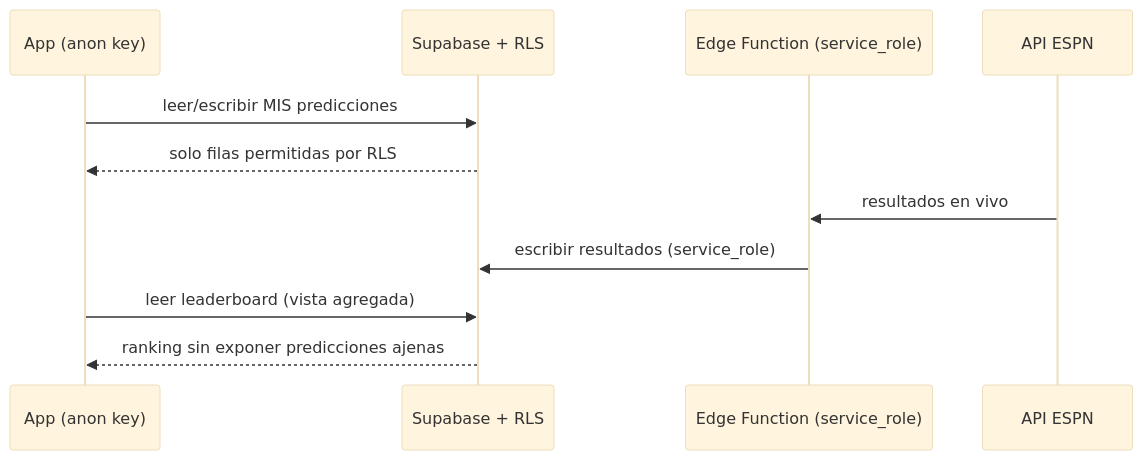
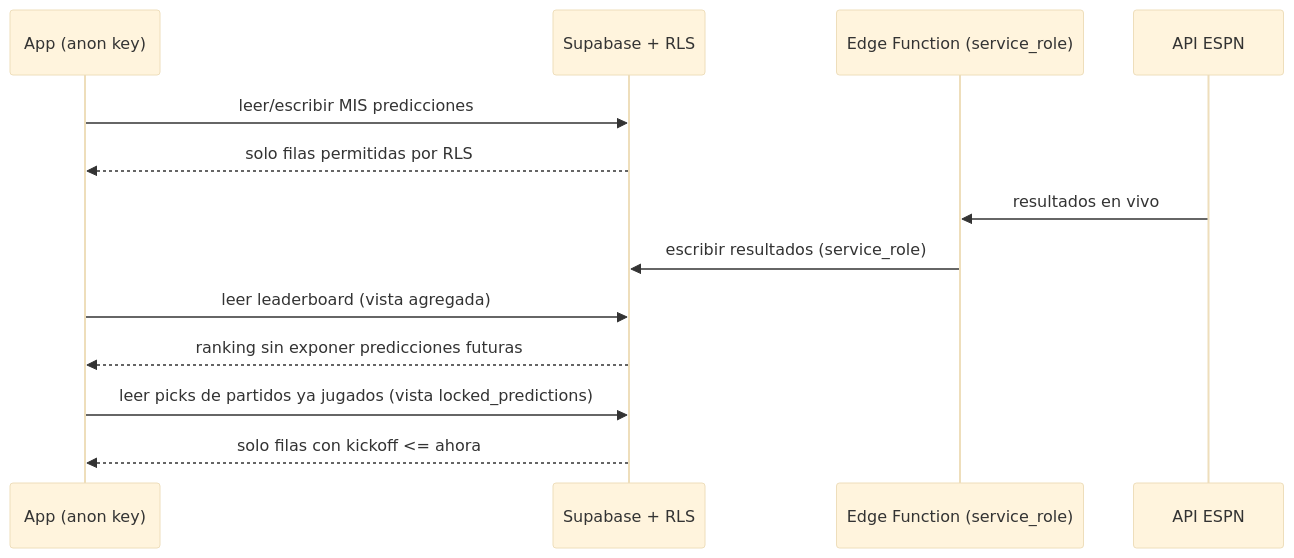
The diagram in docs-site/docs/seguridad.md (Bemlet/MUNDIAL2026), drawn with Mermaid (base theme) before and after one commit. The commit also changed other lines of this file and 4 other files, not shown here.

````diff
--- a/docs-site/docs/seguridad.md
+++ b/docs-site/docs/seguridad.md
@@ -49,14 +76,16 @@
 ``` mermaid
 sequenceDiagram
     participant App as App (anon key)
     participant DB as Supabase + RLS
     participant EF as Edge Function (service_role)
     participant ESPN as API ESPN
 
     App->>DB: leer/escribir MIS predicciones
     DB-->>App: solo filas permitidas por RLS
     ESPN->>EF: resultados en vivo
     EF->>DB: escribir resultados (service_role)
     App->>DB: leer leaderboard (vista agregada)
-    DB-->>App: ranking sin exponer predicciones ajenas
+    DB-->>App: ranking sin exponer predicciones futuras
+    App->>DB: leer picks de partidos ya jugados (vista locked_predictions)
+    DB-->>App: solo filas con kickoff <= ahora
 ```
````
